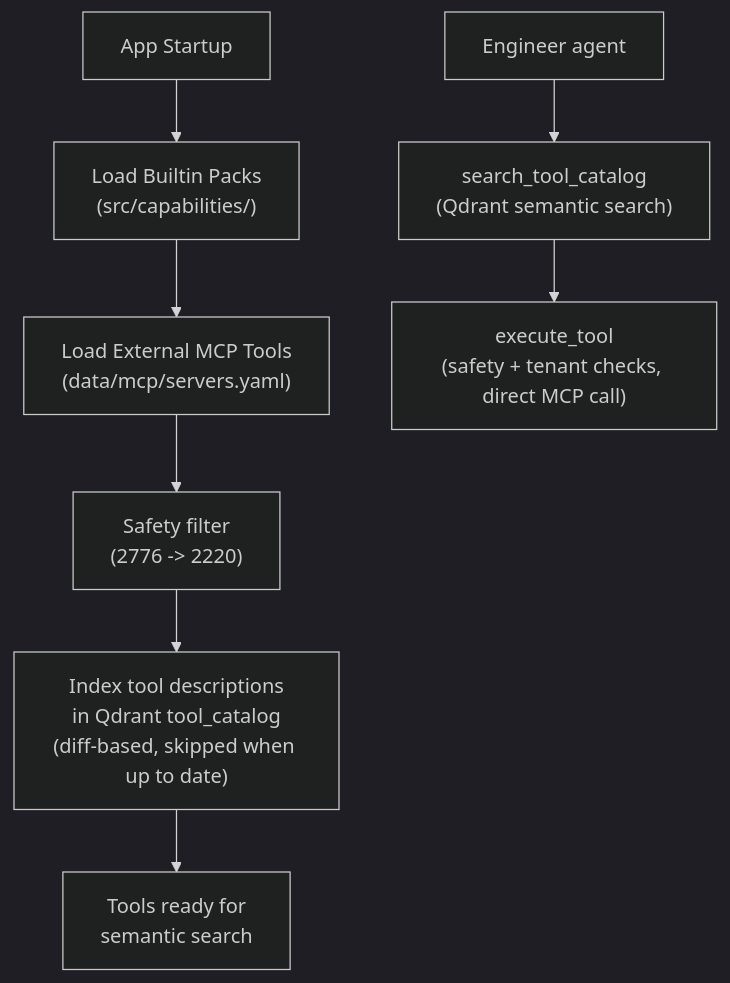
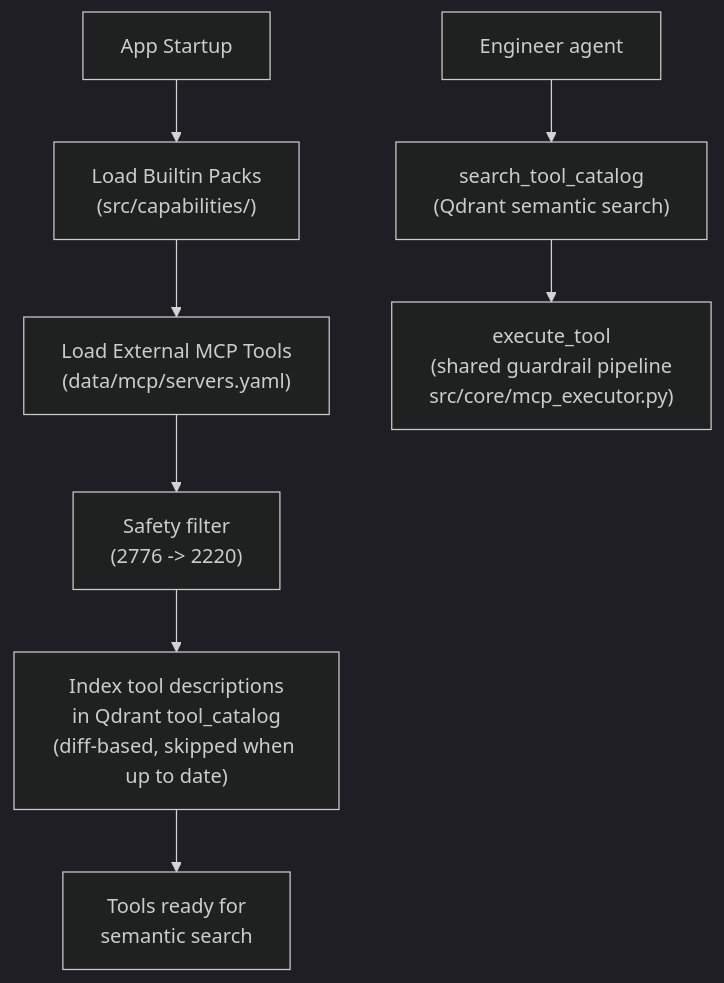
Before and after one commit to jofra02/L8R: the diagram in docs/integrations/mcp_tools.md, drawn with Mermaid (dark theme). The commit also changed other lines of this file and 18 other files, not shown here.

````diff
--- a/docs/integrations/mcp_tools.md
+++ b/docs/integrations/mcp_tools.md
@@ -15,11 +15,11 @@
 ```mermaid
 graph TD
     START["App Startup"] --> BP["Load Builtin Packs\n(src/capabilities/)"]
     BP --> EXT["Load External MCP Tools\n(data/mcp/servers.yaml)"]
     EXT --> SAFE["Safety filter\n(2776 -> 2220)"]
     SAFE --> IDX["Index tool descriptions\nin Qdrant tool_catalog\n(diff-based, skipped when up to date)"]
     IDX --> READY["Tools ready for\nsemantic search"]
 
     AGENT["Engineer agent"] --> SEARCH["search_tool_catalog\n(Qdrant semantic search)"]
-    SEARCH --> EXEC["execute_tool\n(safety + tenant checks, direct MCP call)"]
+    SEARCH --> EXEC["execute_tool\n(shared guardrail pipeline\nsrc/core/mcp_executor.py)"]
 ```
````
